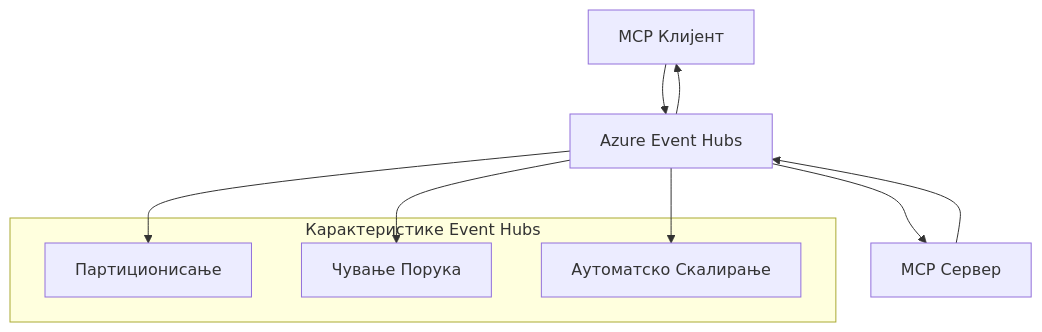
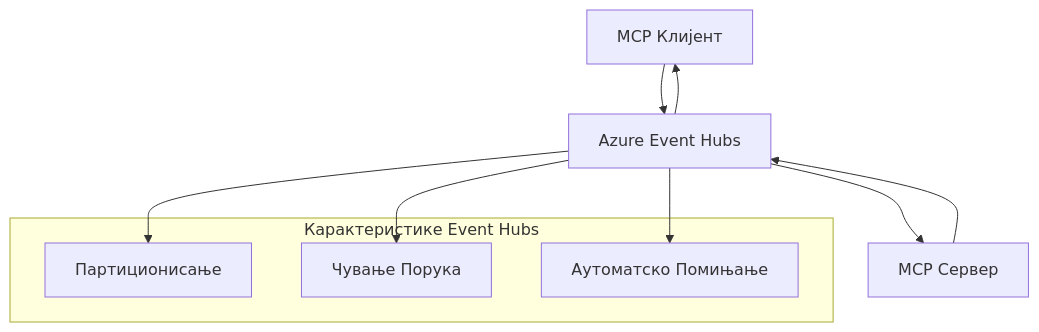
Before and after one commit to HIDORAKAI002/ai-workspace-archive: the second of 2 diagrams in mcp_ecosystem__model_context_protocol/mcp_learning_resources/mcp-for-beginners/translations/sr/05-AdvancedTopics/mcp-transport/README.md, drawn with Mermaid. The commit also changed other lines of this file and 1539 other files, not shown here.

````diff
--- a/mcp_ecosystem__model_context_protocol/mcp_learning_resources/mcp-for-beginners/translations/sr/05-AdvancedTopics/mcp-transport/README.md
+++ b/mcp_ecosystem__model_context_protocol/mcp_learning_resources/mcp-for-beginners/translations/sr/05-AdvancedTopics/mcp-transport/README.md
@@ -269,17 +270,17 @@
 ```mermaid
 graph TB
     Client[MCP Клијент] --> EH[Azure Event Hubs]
     EH --> Server[MCP Сервер]
     Server --> EH
     EH --> Client
     
     subgraph "Карактеристике Event Hubs"
         Partition[Партиционисање]
         Retention[Чување Порука]
-        Scaling[Аутоматско Скалирање]
+        Scaling[Аутоматско Помињање]
     end
     
     EH --> Partition
     EH --> Retention
     EH --> Scaling
 ```
````
